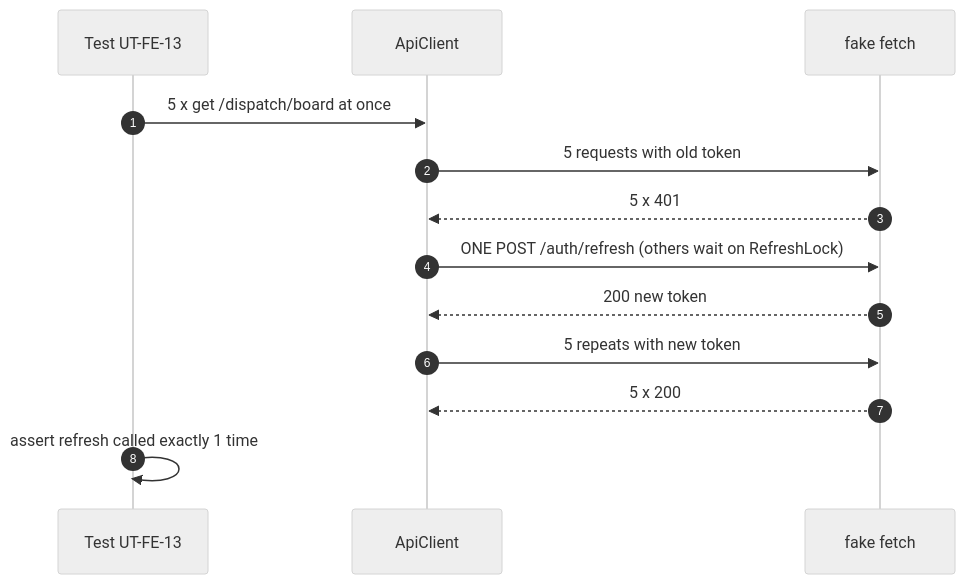
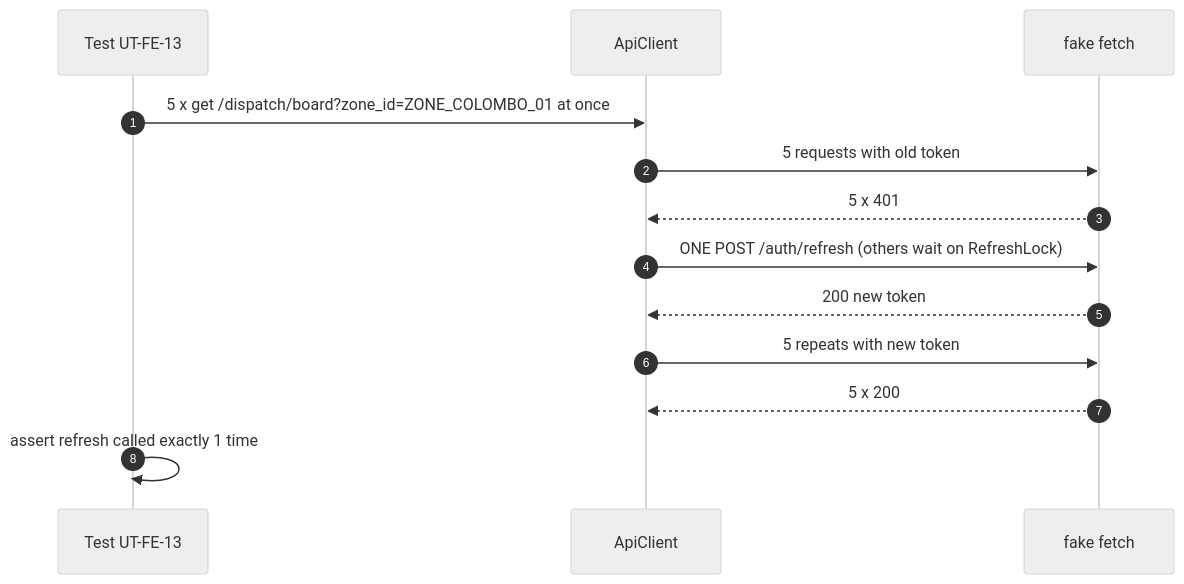
The fifth of 8 diagrams in docs/drafts/member-07-dispatcher-admin-web-gateway/doc-06-testing-strategy-and-acceptance.md (phantomTroupeEAD/SwiftDrop), drawn with Mermaid (neutral theme) before and after one commit. The commit also changed other lines of this file and 125 other files, not shown here.

````diff
--- a/docs/drafts/member-07-dispatcher-admin-web-gateway/doc-06-testing-strategy-and-acceptance.md
+++ b/docs/drafts/member-07-dispatcher-admin-web-gateway/doc-06-testing-strategy-and-acceptance.md
@@ -393,15 +402,15 @@
 ```mermaid
 sequenceDiagram
     autonumber
     participant T as Test UT-FE-13
     participant C as ApiClient
     participant F as fake fetch
-    T->>C: 5 x get /dispatch/board at once
+    T->>C: 5 x get /dispatch/board?zone_id=ZONE_COLOMBO_01 at once
     C->>F: 5 requests with old token
     F-->>C: 5 x 401
     C->>F: ONE POST /auth/refresh (others wait on RefreshLock)
     F-->>C: 200 new token
     C->>F: 5 repeats with new token
     F-->>C: 5 x 200
     T->>T: assert refresh called exactly 1 time
 ```
````
